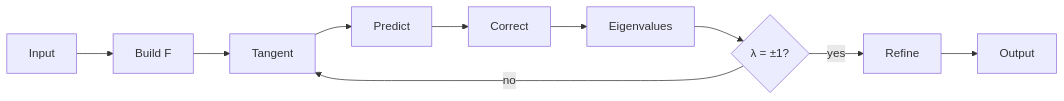
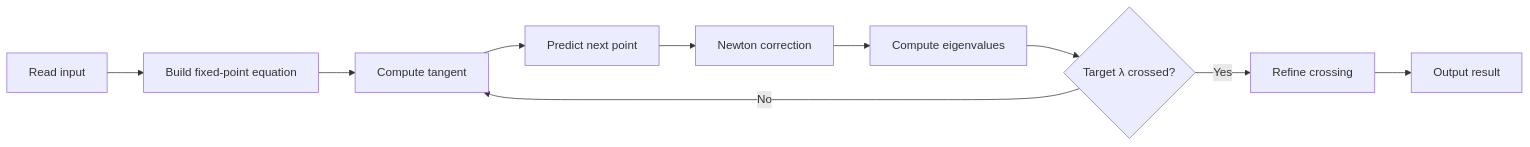
The third of 3 diagrams in README.md (viktoriia-competitive/bifurcation-continuation-solver), drawn with Mermaid before and after one commit.

Commit message:
Update algorithm flowchart in README.md

````diff
--- a/README.md
+++ b/README.md
@@ -183,12 +183,12 @@
 ```mermaid
 flowchart LR
-    A["Input"] --> B["Build F"]
-    B --> C["Tangent"]
-    C --> D["Predict"]
-    D --> E["Correct"]
-    E --> F["Eigenvalues"]
-    F --> G{"λ = ±1?"}
-    G -- no --> C
-    G -- yes --> H["Refine"]
-    H --> I["Output"]
+    A["Read input"] --> B["Build fixed-point equation"]
+    B --> C["Compute tangent"]
+    C --> D["Predict next point"]
+    D --> E["Newton correction"]
+    E --> F["Compute eigenvalues"]
+    F --> G{"Target λ crossed?"}
+    G -- "No" --> C
+    G -- "Yes" --> H["Refine crossing"]
+    H --> I["Output result"]
 ```
````
